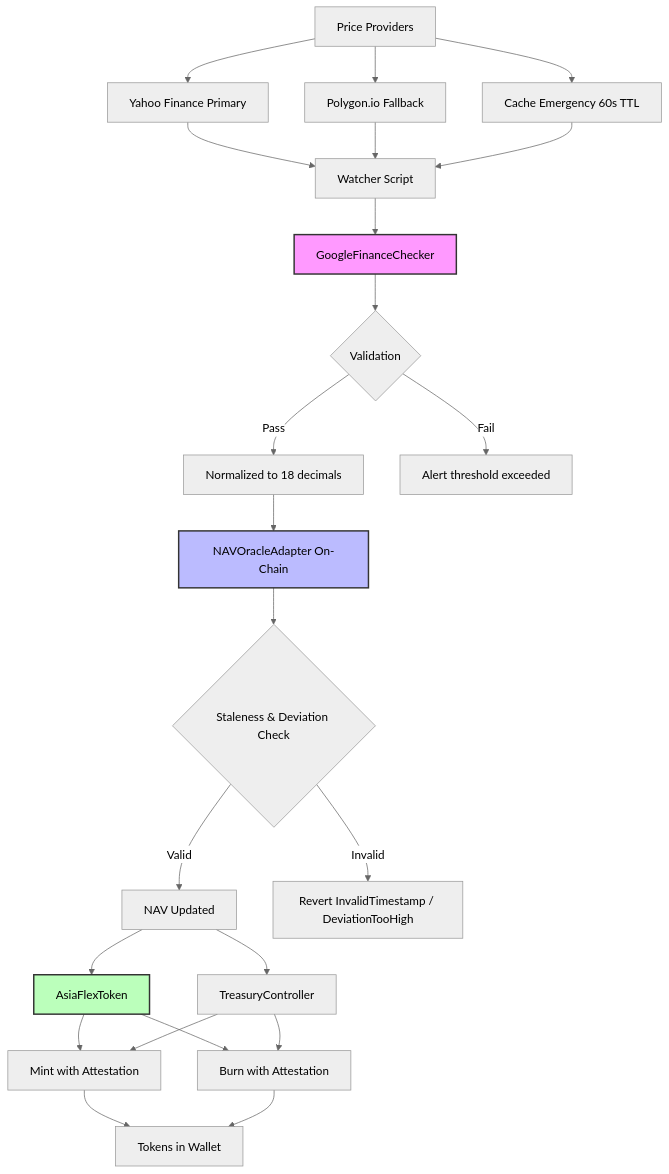
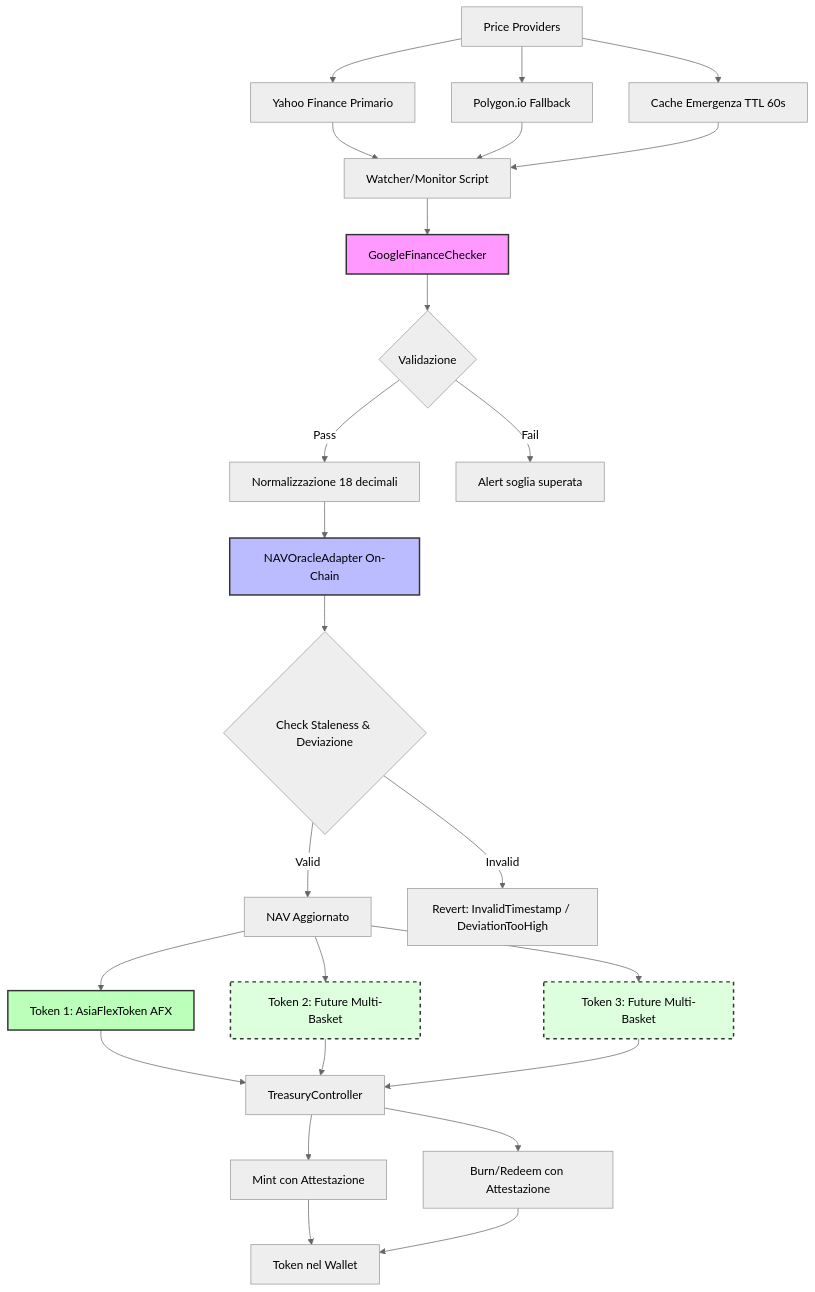
Before and after one commit to PolPol45/ASIAFLEX: the diagram in README.md, drawn with Mermaid (neutral theme). The commit also changed other lines of this file, not shown here.

Commit message:
docs(readme): panoramica multi-basket completa in italiano con guida E2E e pipeline prezzi verificata

````diff
--- a/README.md
+++ b/README.md
@@ -22,35 +25,40 @@
 ```mermaid
 graph TD
-    A[Price Providers] --> B[Yahoo Finance Primary]
+    A[Price Providers] --> B[Yahoo Finance Primario]
     A --> C[Polygon.io Fallback]
-    A --> D[Cache Emergency 60s TTL]
+    A --> D[Cache Emergenza TTL 60s]
 
-    B --> E[Watcher Script]
+    B --> E[Watcher/Monitor Script]
     C --> E
     D --> E
 
     E --> F[GoogleFinanceChecker]
-    F --> G{Validation}
-    G -->|Pass| H[Normalized to 18 decimals]
-    G -->|Fail| I[Alert threshold exceeded]
+    F --> G{Validazione}
+    G -->|Pass| H[Normalizzazione 18 decimali]
+    G -->|Fail| I[Alert soglia superata]
 
     H --> J[NAVOracleAdapter On-Chain]
-    J --> K{Staleness & Deviation Check}
-    K -->|Valid| L[NAV Updated]
-    K -->|Invalid| M[Revert InvalidTimestamp / DeviationTooHigh]
+    J --> K{Check Staleness & Deviazione}
+    K -->|Valid| L[NAV Aggiornato]
+    K -->|Invalid| M[Revert: InvalidTimestamp / DeviationTooHigh]
 
-    L --> N[AsiaFlexToken]
-    L --> O[TreasuryController]
+    L --> N1[Token 1: AsiaFlexToken AFX]
+    L --> N2[Token 2: Future Multi-Basket]
+    L --> N3[Token 3: Future Multi-Basket]
 
-    N --> P[Mint with Attestation]
-    N --> Q[Burn with Attestation]
-    O --> P
-    O --> Q
+    N1 --> O[TreasuryController]
+    N2 --> O
+    N3 --> O
 
-    P --> R[Tokens in Wallet]
+    O --> P[Mint con Attestazione]
+    O --> Q[Burn/Redeem con Attestazione]
+
+    P --> R[Token nel Wallet]
     Q --> R
 
     style F fill:#f9f,stroke:#333,stroke-width:2px
     style J fill:#bbf,stroke:#333,stroke-width:2px
-    style N fill:#bfb,stroke:#333,stroke-width:2px
+    style N1 fill:#bfb,stroke:#333,stroke-width:2px
+    style N2 fill:#dfd,stroke:#333,stroke-width:2px,stroke-dasharray: 5 5
+    style N3 fill:#dfd,stroke:#333,stroke-width:2px,stroke-dasharray: 5 5
 ```
````
